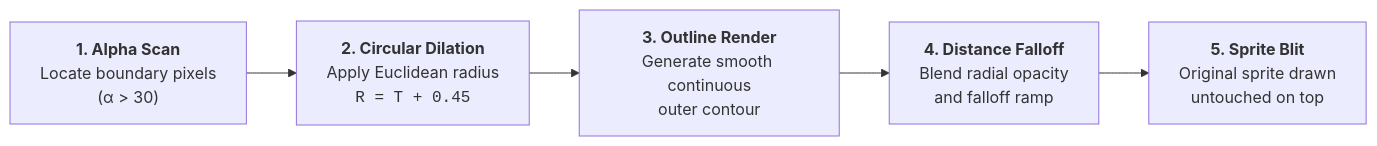
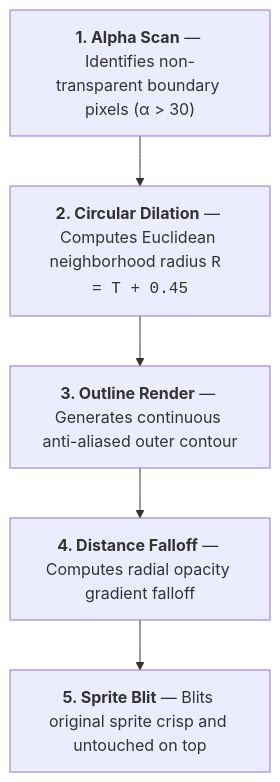
Before and after one commit to XZtotal/CraftingBlueprints-Wiki: the second of 2 diagrams in docs/extended/typography-and-contours.md, drawn with Mermaid. The commit also changed 31 other files, not shown here.

Commit message:
style(docs): optimize diagram proportions, center all diagrams, and fix table padding

````diff
--- a/docs/extended/typography-and-contours.md
+++ b/docs/extended/typography-and-contours.md
@@ -95,10 +95,8 @@
 ```mermaid
-flowchart LR
-    S1["<b>1. Alpha Scan</b><br/>Locate boundary pixels<br/>(α &gt; 30)"]
-    S2["<b>2. Circular Dilation</b><br/>Apply Euclidean radius<br/><code>R = T + 0.45</code>"]
-    S3["<b>3. Outline Render</b><br/>Generate smooth continuous<br/>outer contour"]
-    S4["<b>4. Distance Falloff</b><br/>Blend radial opacity<br/>and falloff ramp"]
-    S5["<b>5. Sprite Blit</b><br/>Original sprite drawn<br/>untouched on top"]
-
-    S1 --> S2 --> S3 --> S4 --> S5
+flowchart TD
+    S1["<b>1. Alpha Scan</b> — Identifies non-transparent boundary pixels (α &gt; 30)"]
+    --> S2["<b>2. Circular Dilation</b> — Computes Euclidean neighborhood radius <code>R = T + 0.45</code>"]
+    --> S3["<b>3. Outline Render</b> — Generates continuous anti-aliased outer contour"]
+    --> S4["<b>4. Distance Falloff</b> — Computes radial opacity gradient falloff"]
+    --> S5["<b>5. Sprite Blit</b> — Blits original sprite crisp and untouched on top"]
 ```
````
